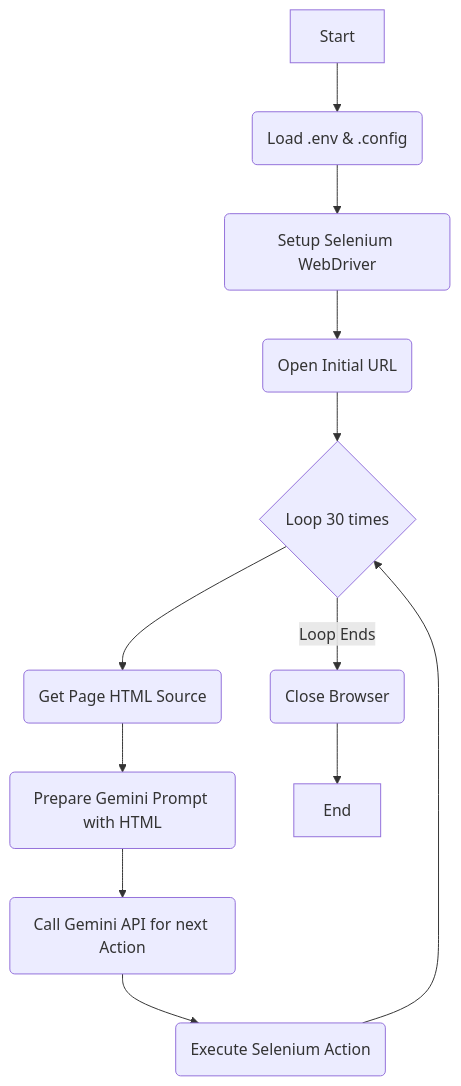
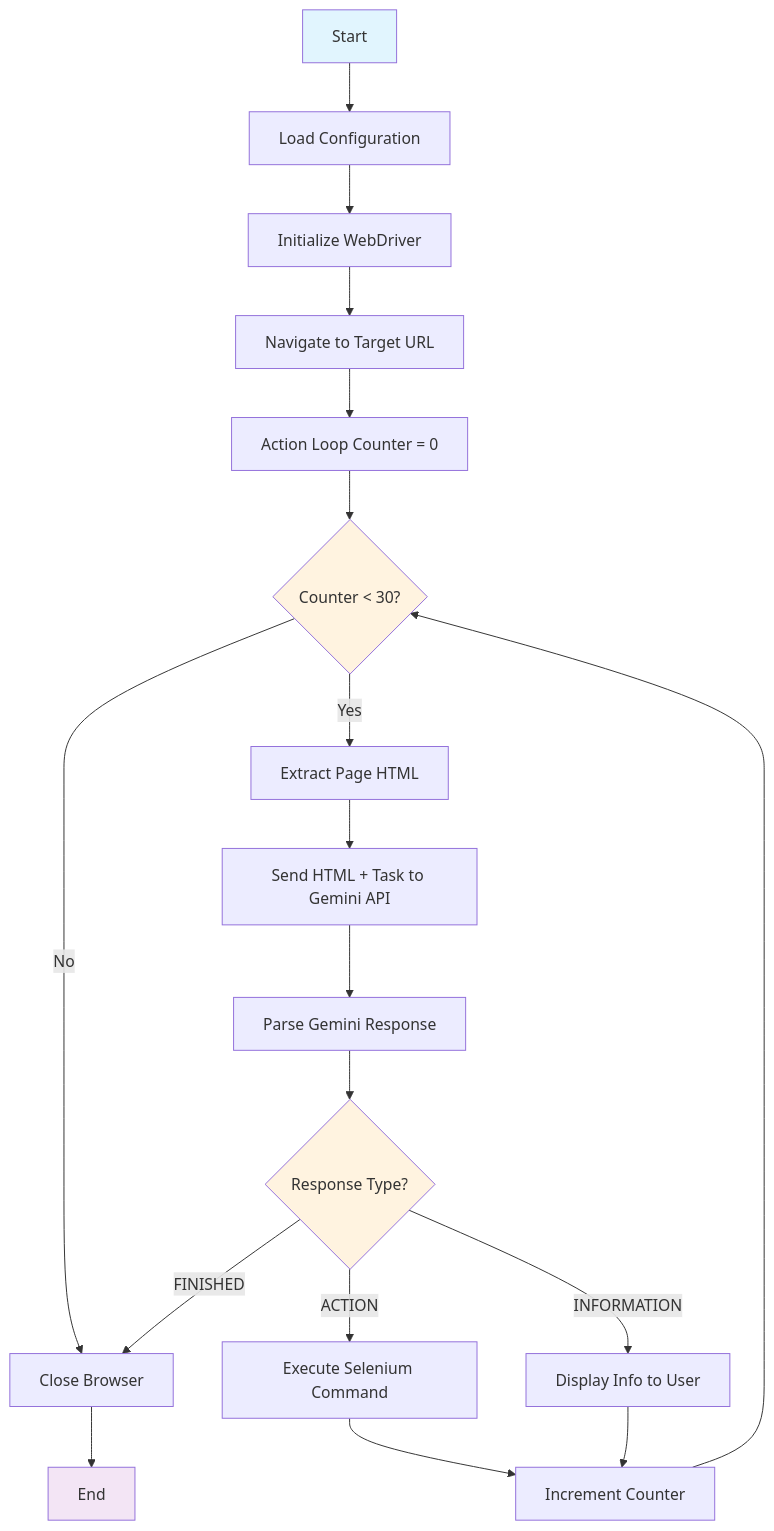
The diagram in README.md (bintadik/simple-browser-agent), drawn with Mermaid before and after one commit. The commit also changed other lines of this file, not shown here.

````diff
--- a/README.md
+++ b/README.md
@@ -102,14 +100,25 @@
 ```mermaid
 graph TD
-    A[Start] --> B(Load .env & .config);
-    B --> C(Setup Selenium WebDriver);
-    C --> D(Open Initial URL);
-    D --> E{Loop 30 times};
-    E --> F(Get Page HTML Source);
-    F --> G(Prepare Gemini Prompt with HTML);
-    G --> H(Call Gemini API for next Action);
-    H --> I(Execute Selenium Action);
-    I --> E;
-    E -- Loop Ends --> J(Close Browser);
-    J --> K[End];
+    A[Start] --> B[Load Configuration]
+    B --> C[Initialize WebDriver]
+    C --> D[Navigate to Target URL]
+    D --> E[Action Loop Counter = 0]
+    E --> F{Counter < 30?}
+    F -- No --> L[Close Browser]
+    F -- Yes --> G[Extract Page HTML]
+    G --> H[Send HTML + Task to Gemini API]
+    H --> I[Parse Gemini Response]
+    I --> J{Response Type?}
+    J -- ACTION --> K[Execute Selenium Command]
+    J -- FINISHED --> L[Close Browser]
+    J -- INFORMATION --> M[Display Info to User]
+    K --> N[Increment Counter]
+    M --> N
+    N --> F
+    L --> O[End]
+    
+    style A fill:#e1f5fe
+    style O fill:#f3e5f5
+    style J fill:#fff3e0
+    style F fill:#fff3e0
 ```
````
